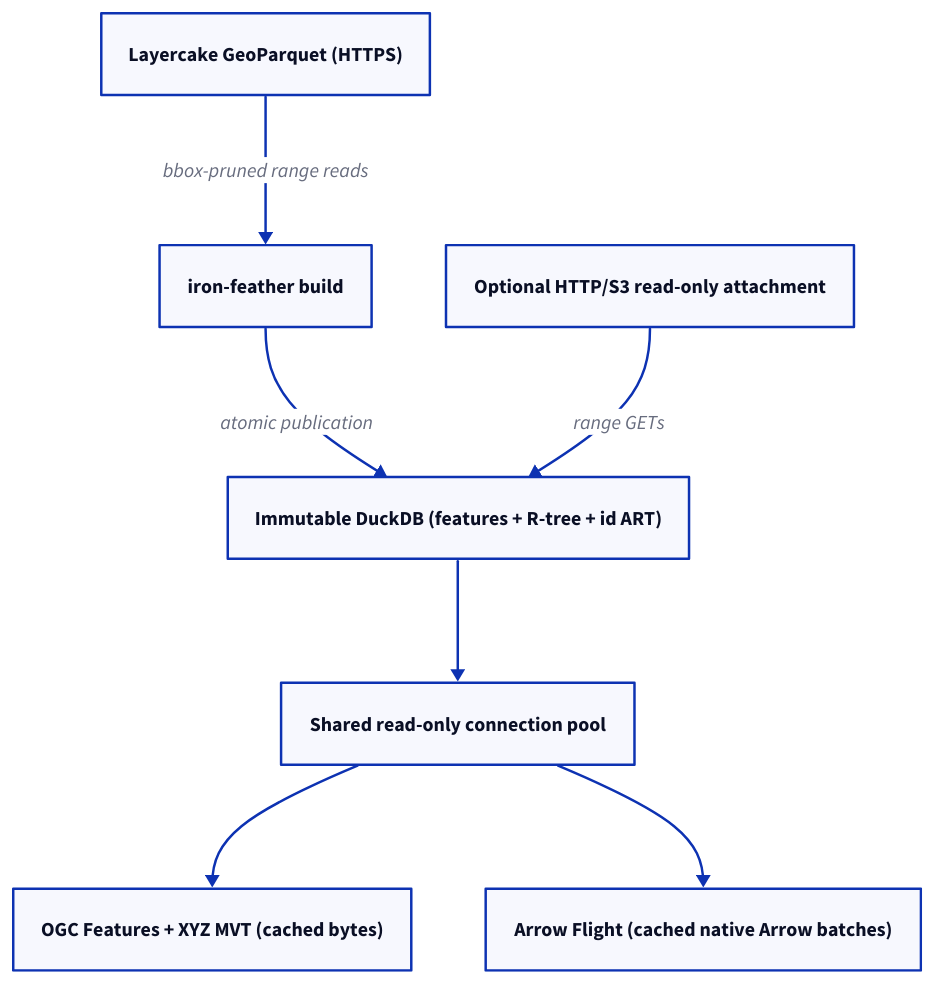
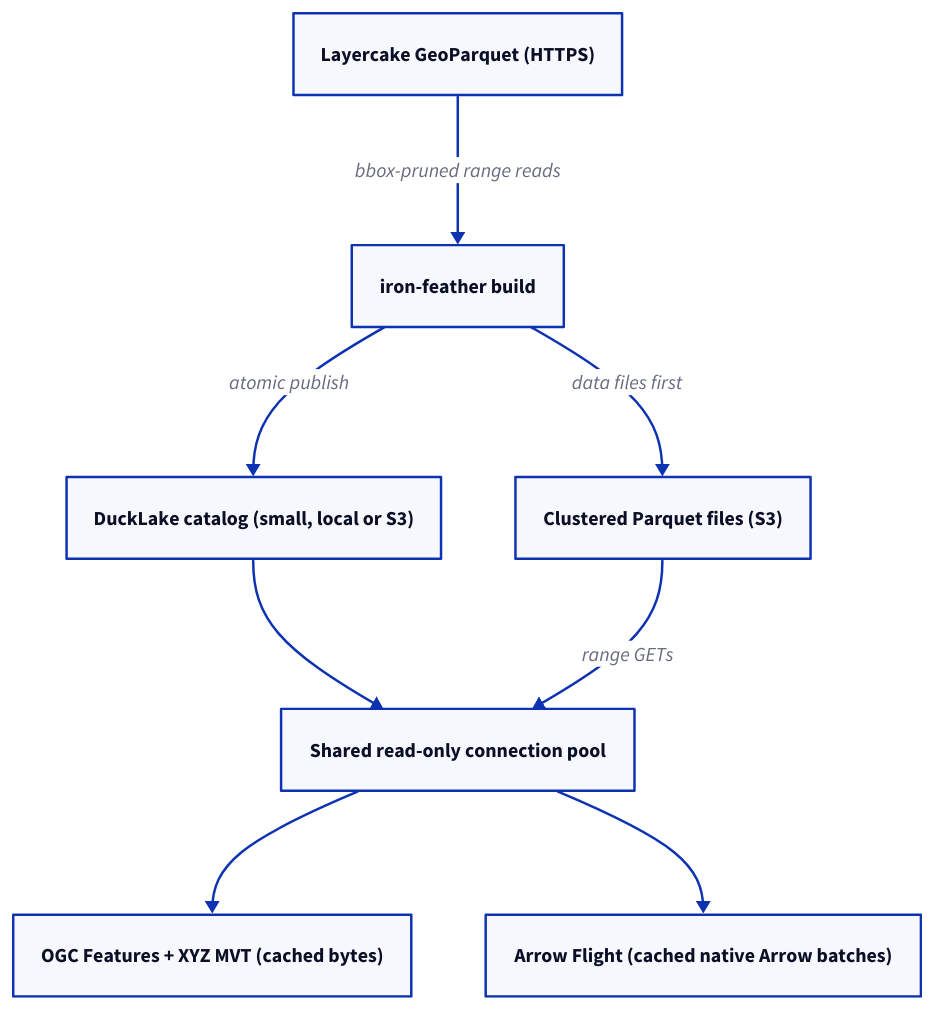
Before and after one commit to adonm/iron-feather: the diagram in docs/arch.d2, drawn with D2. The commit also changed 18 other files, not shown here.

First line of the commit message:
DuckLake-only serving on DuckDB 2.0 nightly

```diff
--- a/docs/arch.d2
+++ b/docs/arch.d2
@@ -1,15 +1,16 @@
 direction: down
 source: Layercake GeoParquet (HTTPS)
 build: iron-feather build
-shard: Immutable DuckDB (features + R-tree + id ART)
-remote: Optional HTTP/S3 read-only attachment
+catalog: DuckLake catalog (small, local or S3)
+parquet: Clustered Parquet files (S3)
 pool: Shared read-only connection pool
 http: OGC Features + XYZ MVT (cached bytes)
 flight: Arrow Flight (cached native Arrow batches)
 
 source -> build: bbox-pruned range reads
-build -> shard: atomic publication
-shard -> pool
-remote -> shard: range GETs
+build -> catalog: atomic publish
+build -> parquet: data files first
+catalog -> pool
+parquet -> pool: range GETs
 pool -> http
 pool -> flight
```
